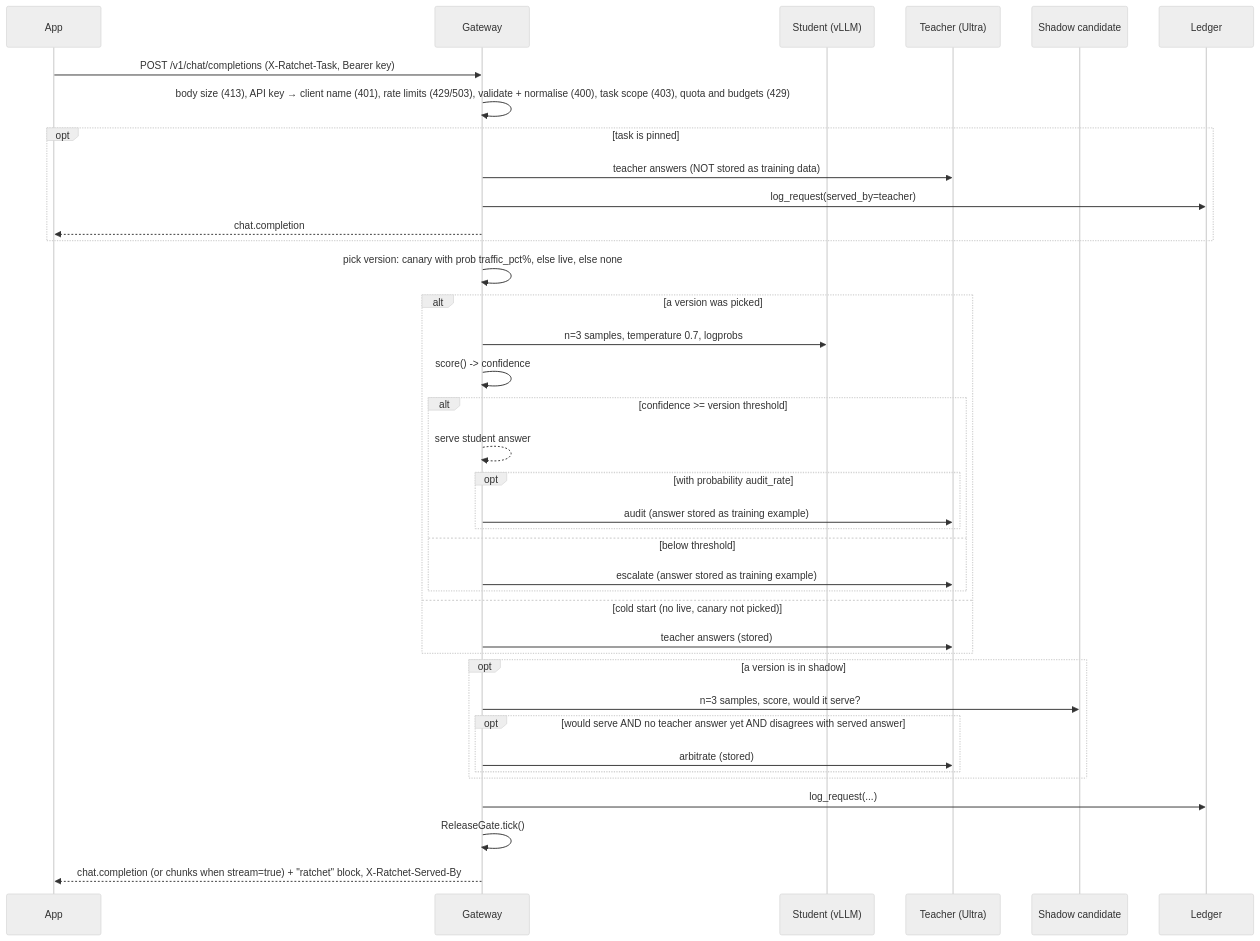
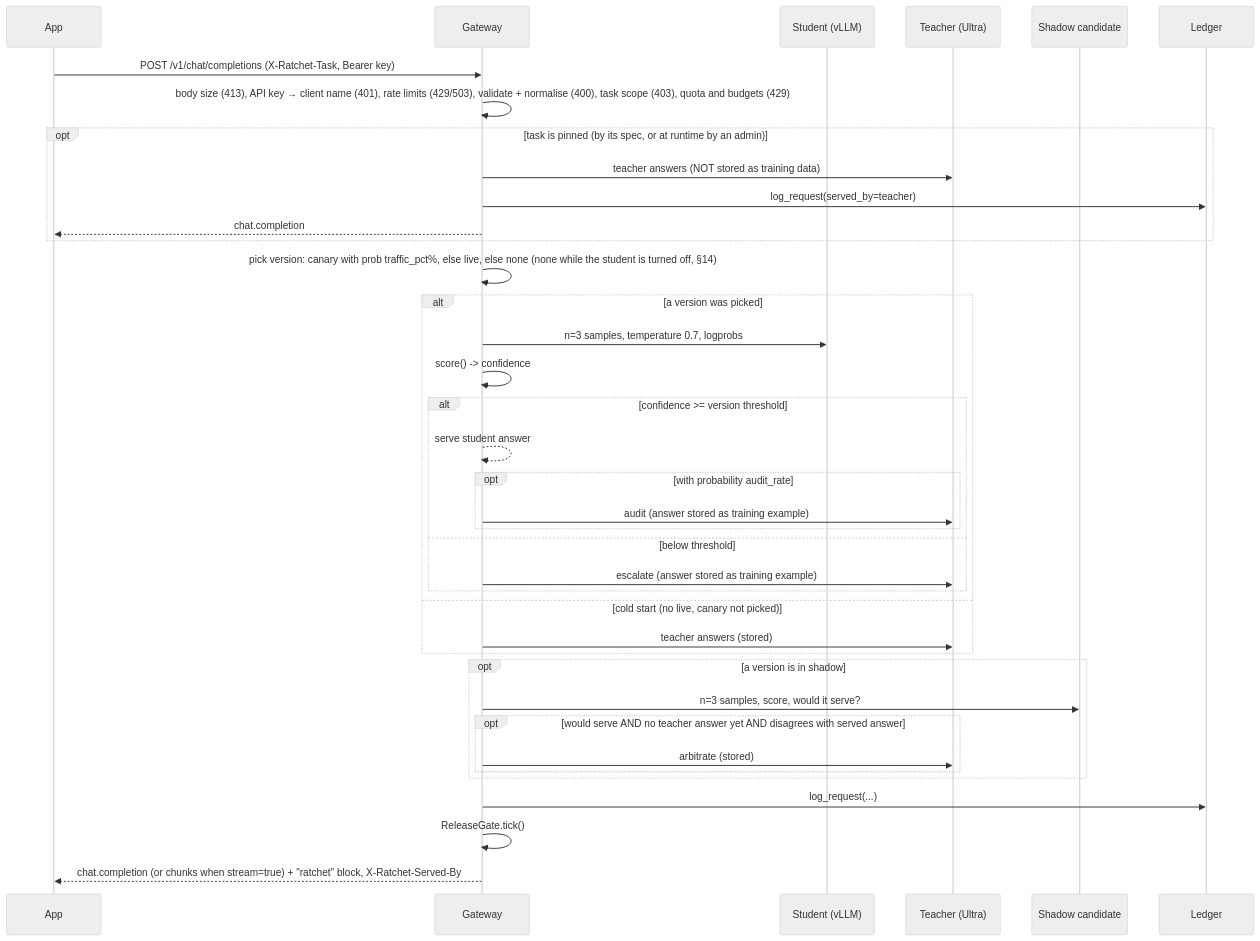
One commit to harshbhx/ratchet changed the first of 3 diagrams in docs/ARCHITECTURE.md. Above: the diagram before and after it, drawn with Mermaid (neutral theme). The commit also changed other lines of this file and 32 other files, not shown here.

````diff
--- a/docs/ARCHITECTURE.md
+++ b/docs/ARCHITECTURE.md
@@ -79,40 +79,40 @@
 ```mermaid
 sequenceDiagram
     participant App
     participant GW as Gateway
     participant S as Student (vLLM)
     participant T as Teacher (Ultra)
     participant SH as Shadow candidate
     participant L as Ledger
     App->>GW: POST /v1/chat/completions (X-Ratchet-Task, Bearer key)
     GW->>GW: body size (413), API key → client name (401), rate limits (429/503), validate + normalise (400), task scope (403), quota and budgets (429)
-    opt task is pinned
+    opt task is pinned (by its spec, or at runtime by an admin)
         GW->>T: teacher answers (NOT stored as training data)
         GW->>L: log_request(served_by=teacher)
         GW-->>App: chat.completion
     end
-    GW->>GW: pick version: canary with prob traffic_pct%, else live, else none
+    GW->>GW: pick version: canary with prob traffic_pct%, else live, else none (none while the student is turned off, §14)
     alt a version was picked
         GW->>S: n=3 samples, temperature 0.7, logprobs
         GW->>GW: score() -> confidence
         alt confidence >= version threshold
             GW-->>GW: serve student answer
             opt with probability audit_rate
                 GW->>T: audit (answer stored as training example)
             end
         else below threshold
             GW->>T: escalate (answer stored as training example)
         end
     else cold start (no live, canary not picked)
         GW->>T: teacher answers (stored)
     end
     opt a version is in shadow
         GW->>SH: n=3 samples, score, would it serve?
         opt would serve AND no teacher answer yet AND disagrees with served answer
             GW->>T: arbitrate (stored)
         end
     end
     GW->>L: log_request(...)
     GW->>GW: ReleaseGate.tick()
     GW-->>App: chat.completion (or chunks when stream=true) + "ratchet" block, X-Ratchet-Served-By
 ```
````
